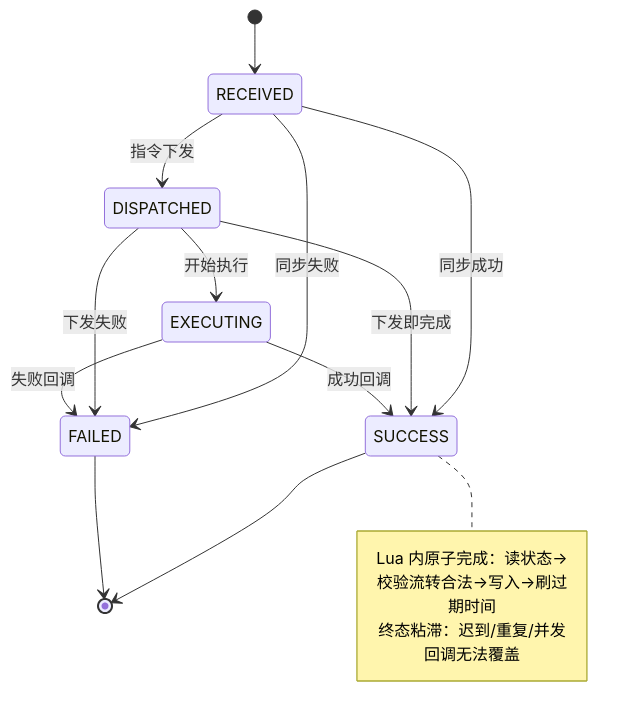
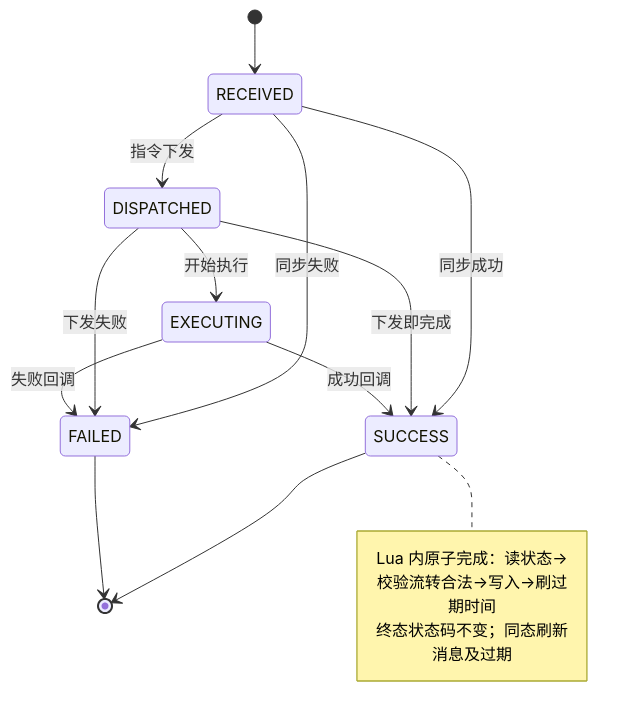
One commit to rominw/html-docs changed the ninth of 15 diagrams in site/documents/uav-backend-review-handbook.md. Above: the diagram before and after it, drawn with Mermaid. The commit also changed other lines of this file and 2 other files, not shown here.

````diff
--- a/site/documents/uav-backend-review-handbook.md
+++ b/site/documents/uav-backend-review-handbook.md
@@ -897,18 +967,18 @@
 ```mermaid
 stateDiagram-v2
     [*] --> RECEIVED
     RECEIVED --> DISPATCHED : 指令下发
     RECEIVED --> SUCCESS : 同步成功
     RECEIVED --> FAILED : 同步失败
     DISPATCHED --> EXECUTING : 开始执行
     DISPATCHED --> SUCCESS : 下发即完成
     DISPATCHED --> FAILED : 下发失败
     EXECUTING --> SUCCESS : 成功回调
     EXECUTING --> FAILED : 失败回调
     SUCCESS --> [*]
     FAILED --> [*]
     note right of SUCCESS
         Lua 内原子完成：读状态→校验流转合法→写入→刷过期时间
-        终态粘滞：迟到/重复/并发回调无法覆盖
+        终态状态码不变；同态刷新消息及过期
     end note
 ```
````
